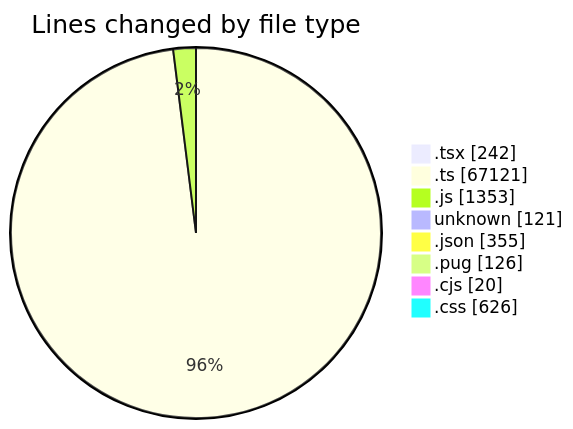
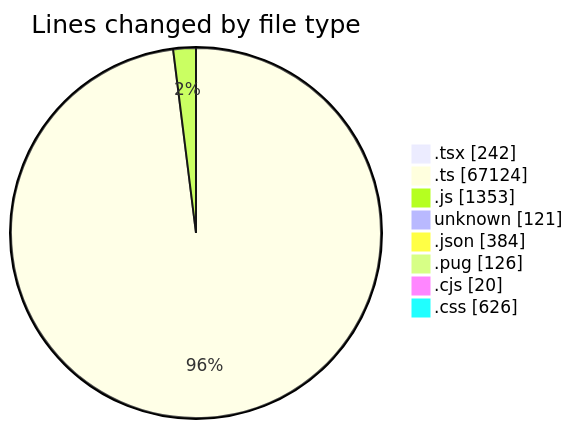
Before and after one commit to momahboobian/code-tracking: the first of 2 diagrams in 2026-06-01/cda/README.md, drawn with Mermaid. The commit also changed other lines of this file and 1 other file, not shown here.

````diff
--- a/2026-06-01/cda/README.md
+++ b/2026-06-01/cda/README.md
@@ -76,12 +76,12 @@
 ```mermaid
 pie showData
 title Lines changed by file type
 ".tsx" : 242
-".ts" : 67121
+".ts" : 67124
 ".js" : 1353
 "unknown" : 121
-".json" : 355
+".json" : 384
 ".pug" : 126
 ".cjs" : 20
 ".css" : 626
 ```
````
